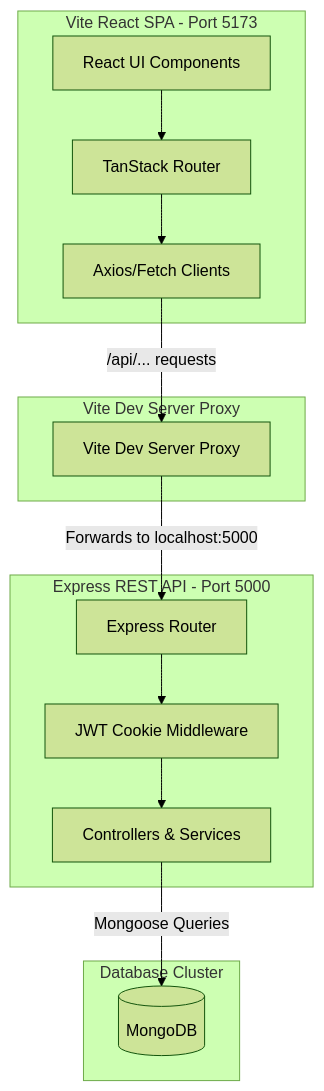
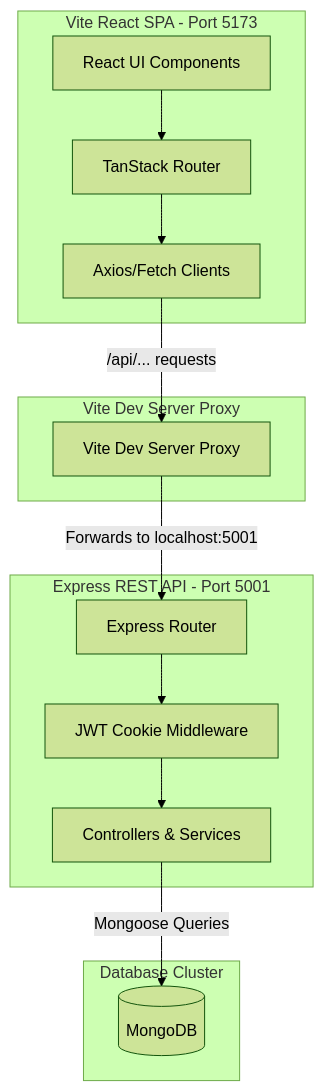
Before and after one commit to dipen-dra/AC_N: the diagram in README.md, drawn with Mermaid (forest theme). The commit also changed other lines of this file and 2 other files, not shown here.

Commit message:
fix: update backend port to 5001 to resolve port EADDRINUSE conflict on macOS

````diff
--- a/README.md
+++ b/README.md
@@ -44,21 +44,21 @@
 ```mermaid
 graph TD
     subgraph Client [Vite React SPA - Port 5173]
         UI[React UI Components] --> Router[TanStack Router]
         Router --> API[Axios/Fetch Clients]
     end
 
     subgraph ReverseProxy [Vite Dev Server Proxy]
         API -->|/api/... requests| Proxy[Vite Dev Server Proxy]
     end
 
-    subgraph Server [Express REST API - Port 5000]
-        Proxy -->|Forwards to localhost:5000| Route[Express Router]
+    subgraph Server [Express REST API - Port 5001]
+        Proxy -->|Forwards to localhost:5001| Route[Express Router]
         Route --> AuthM[JWT Cookie Middleware]
         AuthM --> Controllers[Controllers & Services]
     end
 
     subgraph Database [Database Cluster]
         Controllers -->|Mongoose Queries| Mongo[(MongoDB)]
     end
 ```
````
